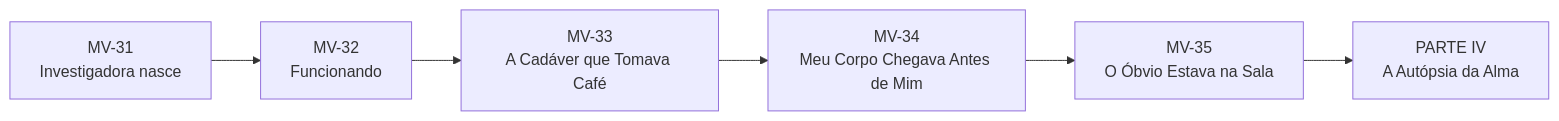
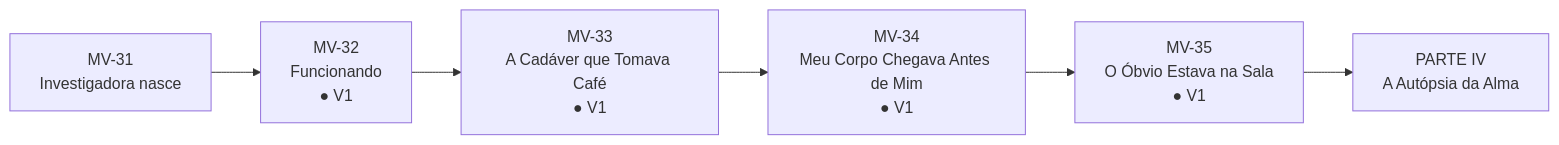
The third of 7 diagrams in 01_MORTE_EM_VIDA/MAPA_VISUAL_PARTE_III_ATUAL.md (Sollimastudio/trilogia-sol-lima), drawn with Mermaid before and after one commit. The commit also changed other lines of this file, not shown here.

````diff
--- a/01_MORTE_EM_VIDA/MAPA_VISUAL_PARTE_III_ATUAL.md
+++ b/01_MORTE_EM_VIDA/MAPA_VISUAL_PARTE_III_ATUAL.md
@@ -27,8 +28,8 @@
 ```mermaid
 flowchart LR
-A[MV-31\nInvestigadora nasce] --> B[MV-32\nFuncionando]
-B --> C[MV-33\nA Cadáver que Tomava Café]
-C --> D[MV-34\nMeu Corpo Chegava Antes de Mim]
-D --> E[MV-35\nO Óbvio Estava na Sala]
+A[MV-31\nInvestigadora nasce] --> B[MV-32\nFuncionando\n● V1]
+B --> C[MV-33\nA Cadáver que Tomava Café\n● V1]
+C --> D[MV-34\nMeu Corpo Chegava Antes de Mim\n● V1]
+D --> E[MV-35\nO Óbvio Estava na Sala\n● V1]
 E --> F[PARTE IV\nA Autópsia da Alma]
 ```
````
